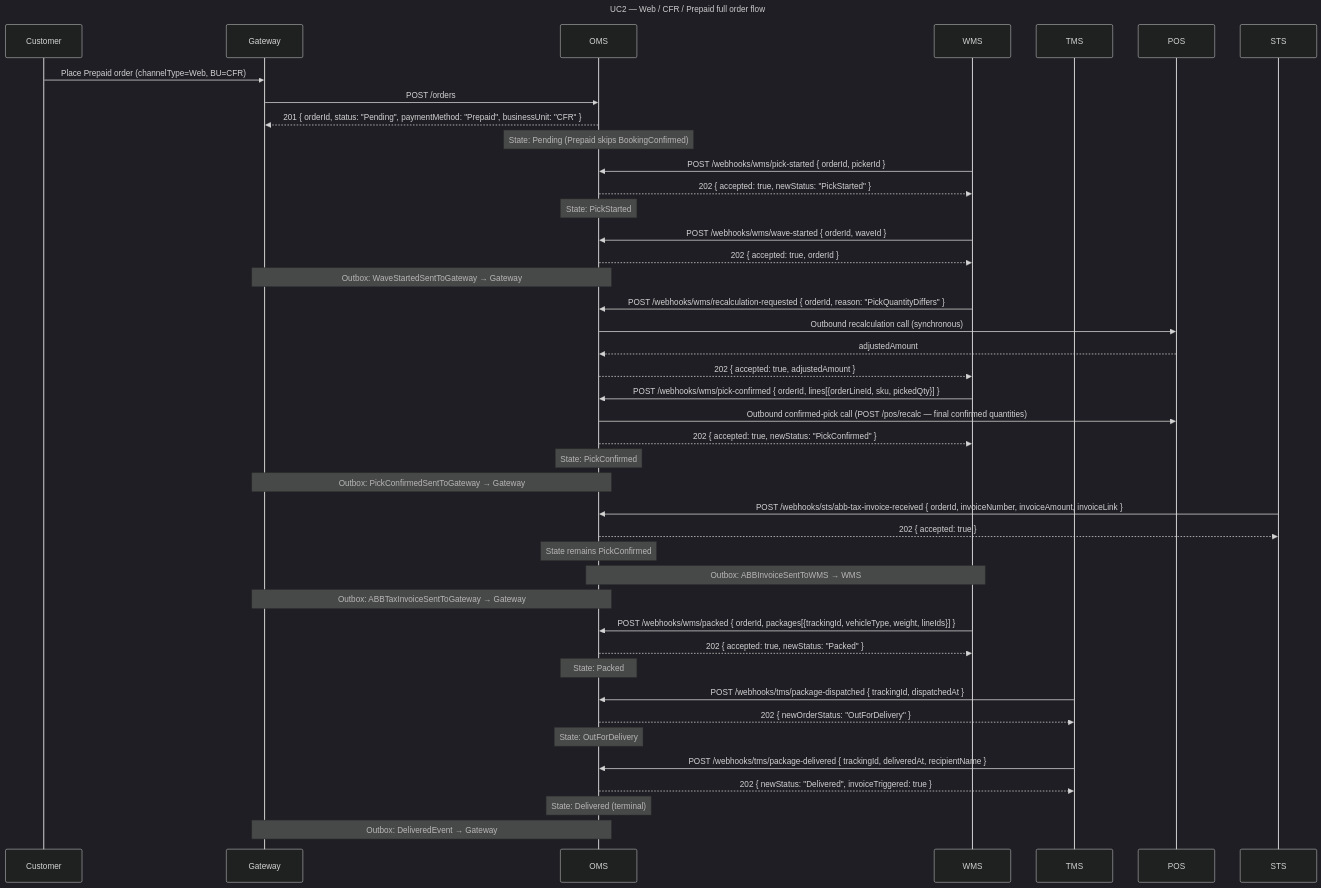
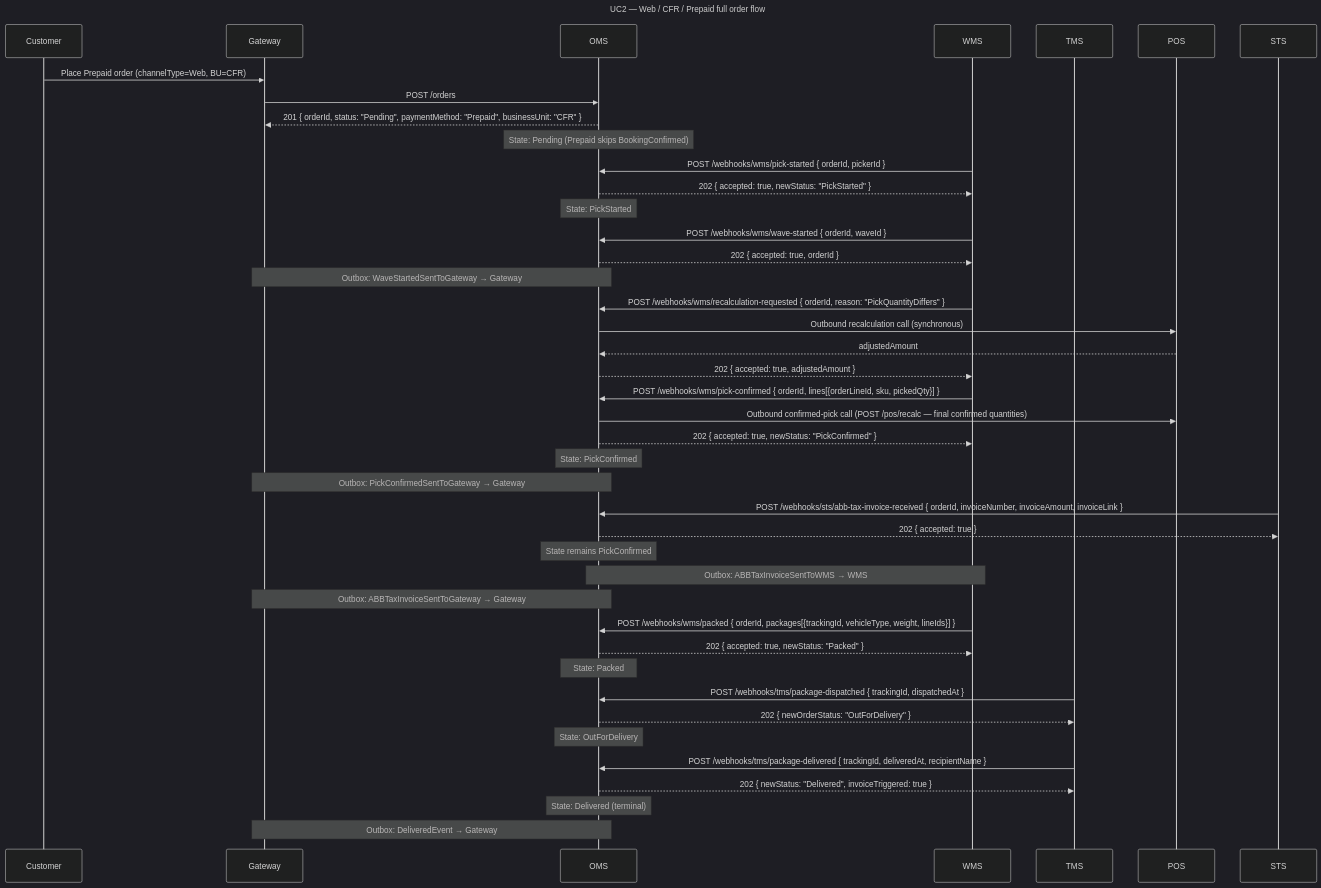
One commit to rosered11/oms-claude changed the second of 13 diagrams in docs/oms-e2e-sequence-diagrams.md. Above: the diagram before and after it, drawn with Mermaid (dark theme). The commit also changed other lines of this file and 35 other files, not shown here.

````diff
--- a/docs/oms-e2e-sequence-diagrams.md
+++ b/docs/oms-e2e-sequence-diagrams.md
@@ -76,55 +76,55 @@
 ```mermaid
 sequenceDiagram
   title: UC2 — Web / CFR / Prepaid full order flow
 
   participant Customer
   participant Gateway
   participant OMS
   participant WMS
   participant TMS
   participant POS
   participant STS
 
   Customer->>Gateway: Place Prepaid order (channelType=Web, BU=CFR)
   Gateway->>OMS: POST /orders
   OMS-->>Gateway: 201 { orderId, status: "Pending", paymentMethod: "Prepaid", businessUnit: "CFR" }
   Note over OMS: State: Pending (Prepaid skips BookingConfirmed)
 
   WMS->>OMS: POST /webhooks/wms/pick-started { orderId, pickerId }
   OMS-->>WMS: 202 { accepted: true, newStatus: "PickStarted" }
   Note over OMS: State: PickStarted
 
   WMS->>OMS: POST /webhooks/wms/wave-started { orderId, waveId }
   OMS-->>WMS: 202 { accepted: true, orderId }
   Note over OMS,Gateway: Outbox: WaveStartedSentToGateway → Gateway
 
   WMS->>OMS: POST /webhooks/wms/recalculation-requested { orderId, reason: "PickQuantityDiffers" }
   OMS->>POS: Outbound recalculation call (synchronous)
   POS-->>OMS: adjustedAmount
   OMS-->>WMS: 202 { accepted: true, adjustedAmount }
 
   WMS->>OMS: POST /webhooks/wms/pick-confirmed { orderId, lines[{orderLineId, sku, pickedQty}] }
   OMS->>POS: Outbound confirmed-pick call (POST /pos/recalc — final confirmed quantities)
   OMS-->>WMS: 202 { accepted: true, newStatus: "PickConfirmed" }
   Note over OMS: State: PickConfirmed
   Note over OMS,Gateway: Outbox: PickConfirmedSentToGateway → Gateway
 
   STS->>OMS: POST /webhooks/sts/abb-tax-invoice-received { orderId, invoiceNumber, invoiceAmount, invoiceLink }
   OMS-->>STS: 202 { accepted: true }
   Note over OMS: State remains PickConfirmed
-  Note over OMS,WMS: Outbox: ABBInvoiceSentToWMS → WMS
+  Note over OMS,WMS: Outbox: ABBTaxInvoiceSentToWMS → WMS
   Note over OMS,Gateway: Outbox: ABBTaxInvoiceSentToGateway → Gateway
 
   WMS->>OMS: POST /webhooks/wms/packed { orderId, packages[{trackingId, vehicleType, weight, lineIds}] }
   OMS-->>WMS: 202 { accepted: true, newStatus: "Packed" }
   Note over OMS: State: Packed
 
   TMS->>OMS: POST /webhooks/tms/package-dispatched { trackingId, dispatchedAt }
   OMS-->>TMS: 202 { newOrderStatus: "OutForDelivery" }
   Note over OMS: State: OutForDelivery
 
   TMS->>OMS: POST /webhooks/tms/package-delivered { trackingId, deliveredAt, recipientName }
   OMS-->>TMS: 202 { newStatus: "Delivered", invoiceTriggered: true }
   Note over OMS: State: Delivered (terminal)
   Note over OMS,Gateway: Outbox: DeliveredEvent → Gateway
 ```
````
